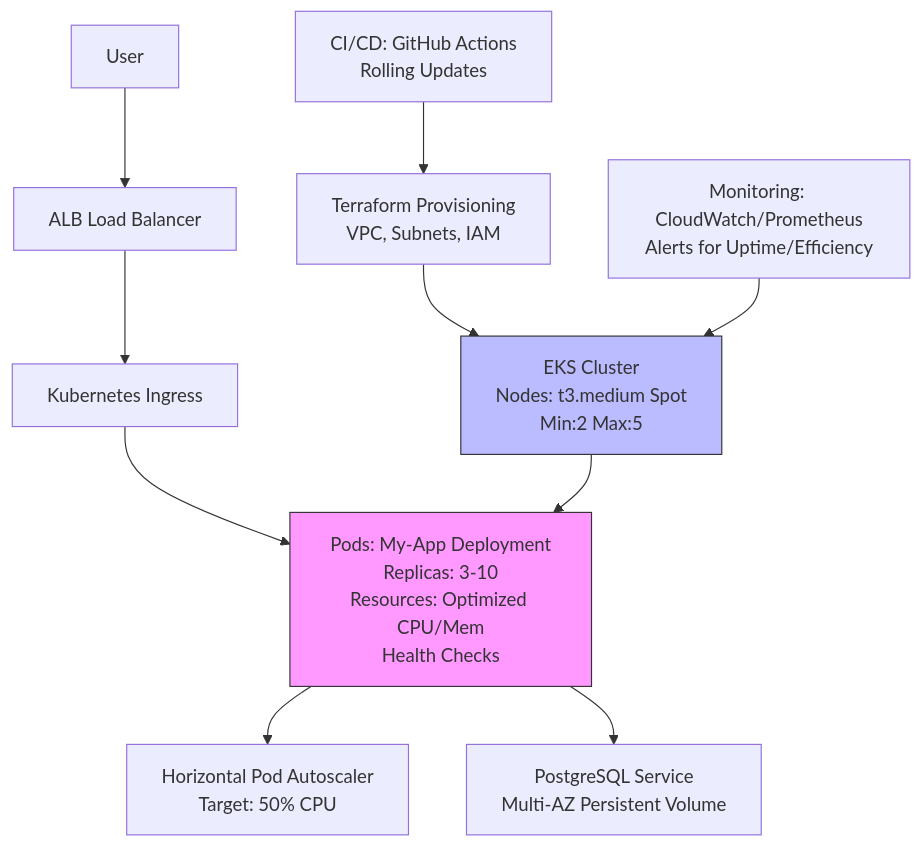
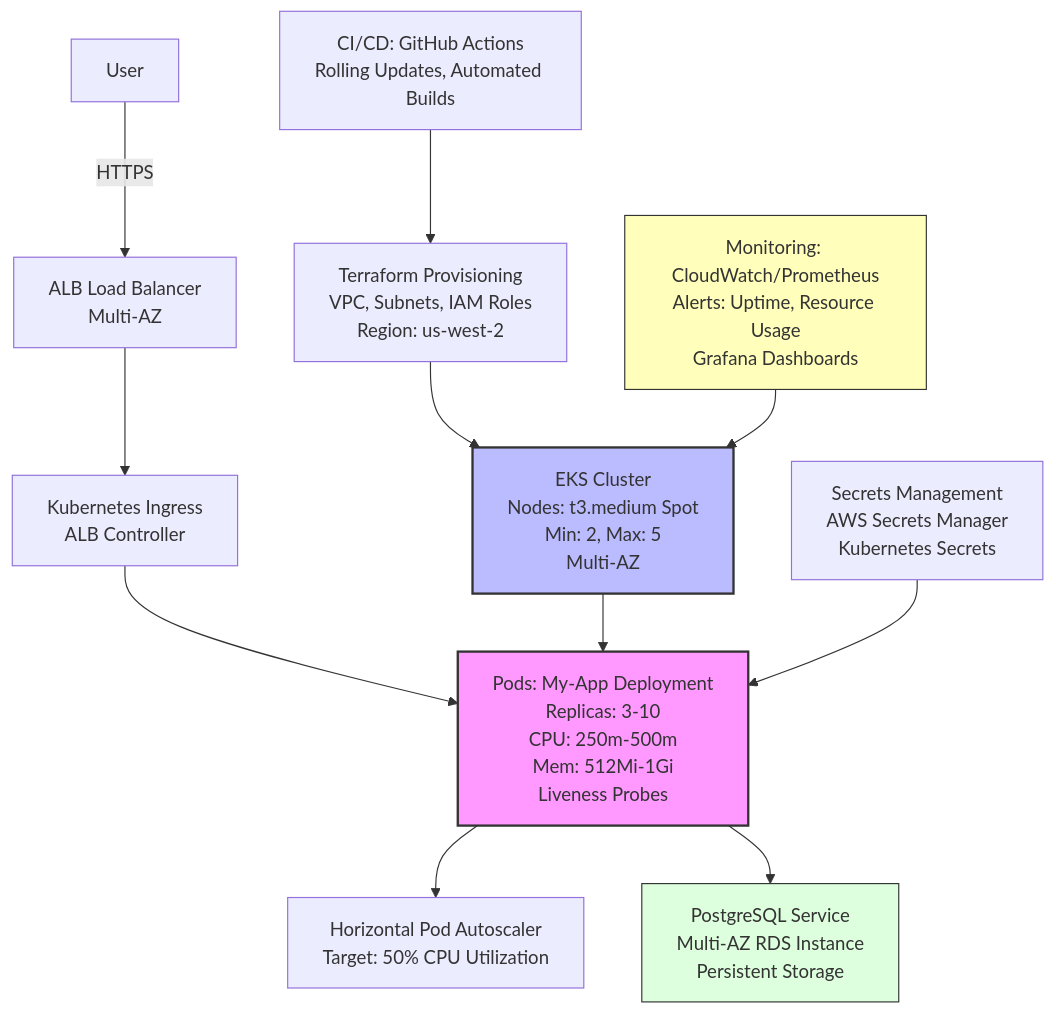
Before and after one commit to kdahal/scalable-cloud-arch: the diagram in diagrams/architecture.mmd, drawn with Mermaid. The commit also changed 1 other file, not shown here.

```diff
--- a/diagrams/architecture.mmd
+++ b/diagrams/architecture.mmd
@@ -1,12 +1,15 @@
 graph TD
-    A[User] --> B[ALB Load Balancer]
-    B --> C[Kubernetes Ingress]
-    C --> D[Pods: My-App Deployment<br>Replicas: 3-10<br>Resources: Optimized CPU/Mem<br>Health Checks]
-    D --> E[Horizontal Pod Autoscaler<br>Target: 50% CPU]
-    D --> F[PostgreSQL Service<br>Multi-AZ Persistent Volume]
-    G[EKS Cluster<br>Nodes: t3.medium Spot<br>Min:2 Max:5] --> D
-    H[Terraform Provisioning<br>VPC, Subnets, IAM] --> G
-    I[Monitoring: CloudWatch/Prometheus<br>Alerts for Uptime/Efficiency] --> G
-    J[CI/CD: GitHub Actions<br>Rolling Updates] --> H
-    style D fill:#f9f,stroke:#333
-    style G fill:#bbf,stroke:#333
+    A[User] -->|HTTPS| B[ALB Load Balancer<br>Multi-AZ]
+    B --> C[Kubernetes Ingress<br>ALB Controller]
+    C --> D[Pods: My-App Deployment<br>Replicas: 3-10<br>CPU: 250m-500m<br>Mem: 512Mi-1Gi<br>Liveness Probes]
+    D --> E[Horizontal Pod Autoscaler<br>Target: 50% CPU Utilization]
+    D --> F[PostgreSQL Service<br>Multi-AZ RDS Instance<br>Persistent Storage]
+    G[EKS Cluster<br>Nodes: t3.medium Spot<br>Min: 2, Max: 5<br>Multi-AZ] --> D
+    H[Terraform Provisioning<br>VPC, Subnets, IAM Roles<br>Region: us-west-2] --> G
+    I[Monitoring: CloudWatch/Prometheus<br>Alerts: Uptime, Resource Usage<br>Grafana Dashboards] --> G
+    J[CI/CD: GitHub Actions<br>Rolling Updates, Automated Builds] --> H
+    K[Secrets Management<br>AWS Secrets Manager<br>Kubernetes Secrets] --> D
+    style D fill:#f9f,stroke:#333,stroke-width:2px
+    style G fill:#bbf,stroke:#333,stroke-width:2px
+    style F fill:#dfd,stroke:#333
+    style I fill:#ffb,stroke:#333
```
